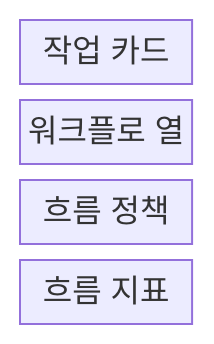
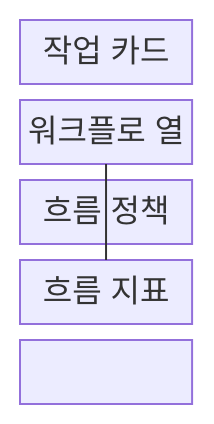
Before and after one commit to agnusdei1207/knowledge-base: the first of 2 diagrams in src/content/docs/notes/03-software/035_kanban.md, drawn with Mermaid. The commit also changed other lines of this file and 238 other files, not shown here.

````diff
--- a/src/content/docs/notes/03-software/035_kanban.md
+++ b/src/content/docs/notes/03-software/035_kanban.md
@@ -62,8 +66,10 @@
 ```mermaid
-block
+block-beta
   columns 1
   C["작업 카드"]
   B["워크플로 열"]
   P["흐름 정책"]
   M["흐름 지표"]
+  C --- B --- P
+  B --- M
 ```
````
